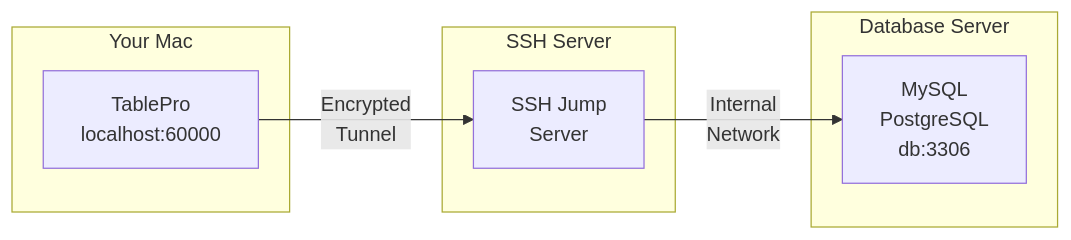
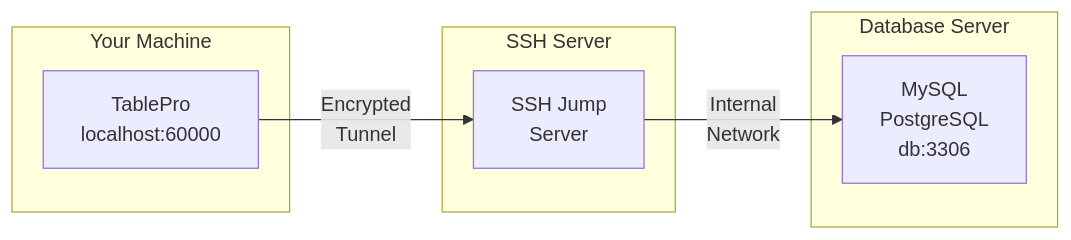
The diagram in docs/databases/ssh-tunneling.mdx (miken90/TablePro), drawn with Mermaid before and after one commit. The commit also changed other lines of this file and 41 other files, not shown here.

````diff
--- a/docs/databases/ssh-tunneling.mdx
+++ b/docs/databases/ssh-tunneling.mdx
@@ -16,16 +16,16 @@
 ```mermaid
 flowchart LR
-    subgraph mac ["Your Mac"]
+    subgraph client ["Your Machine"]
         TablePro["TablePro<br>localhost:60000"]
     end
 
     subgraph ssh ["SSH Server"]
         Jump["SSH Jump<br>Server"]
     end
 
     subgraph db ["Database Server"]
         Database["MySQL<br>PostgreSQL<br>db:3306"]
     end
 
     TablePro -->|"Encrypted<br>Tunnel"| Jump -->|"Internal<br>Network"| Database
 ```
````
